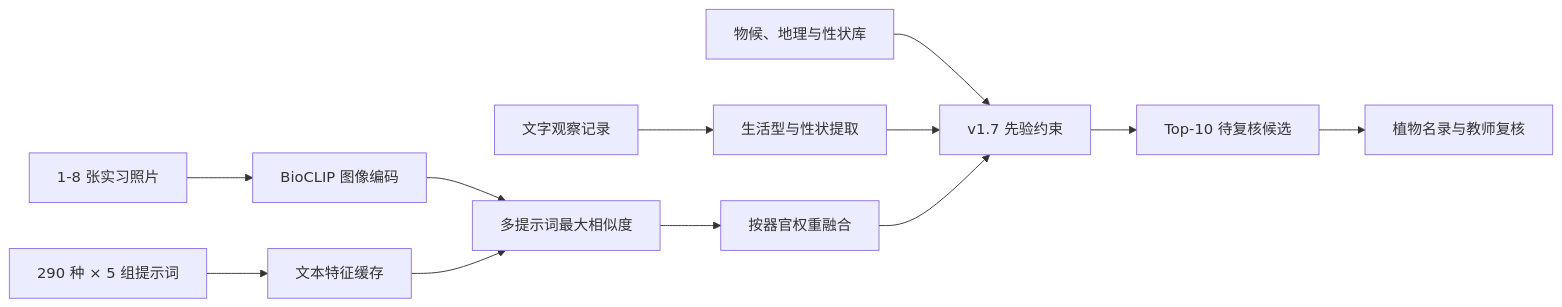
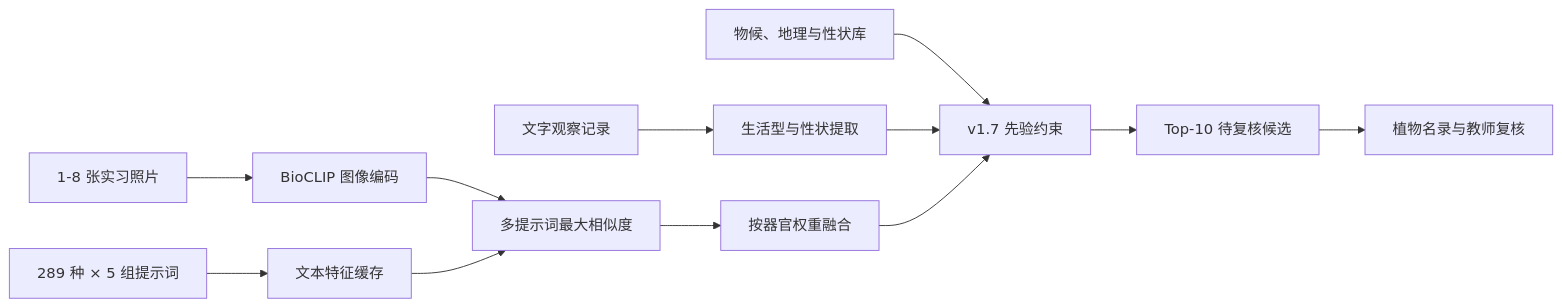
Before and after one commit to guoyukun61-droid/bashang-plant-assistant: the diagram in docs/BioCLIP模型使用与配置教学.md, drawn with Mermaid. The commit also changed other lines of this file and 14 other files, not shown here.

````diff
--- a/docs/BioCLIP模型使用与配置教学.md
+++ b/docs/BioCLIP模型使用与配置教学.md
@@ -87,14 +87,14 @@
 ```mermaid
 flowchart LR
   A["1-8 张实习照片"] --> B["BioCLIP 图像编码"]
-  C["290 种 × 5 组提示词"] --> D["文本特征缓存"]
+  C["289 种 × 5 组提示词"] --> D["文本特征缓存"]
   B --> E["多提示词最大相似度"]
   D --> E
   E --> F["按器官权重融合"]
   G["文字观察记录"] --> H["生活型与性状提取"]
   I["物候、地理与性状库"] --> J["v1.7 先验约束"]
   H --> J
   F --> J
   J --> K["Top-10 待复核候选"]
   K --> L["植物名录与教师复核"]
 ```
````
